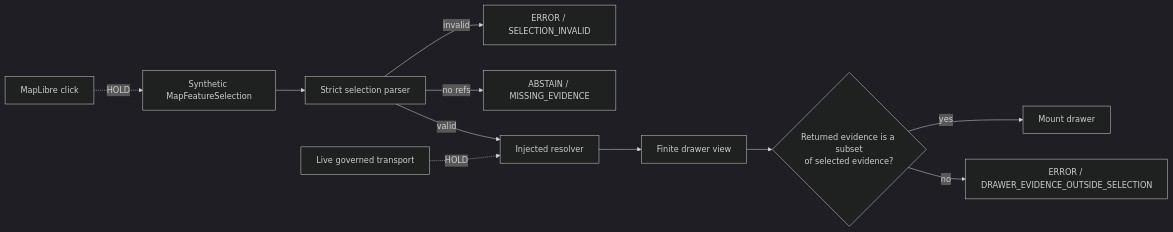
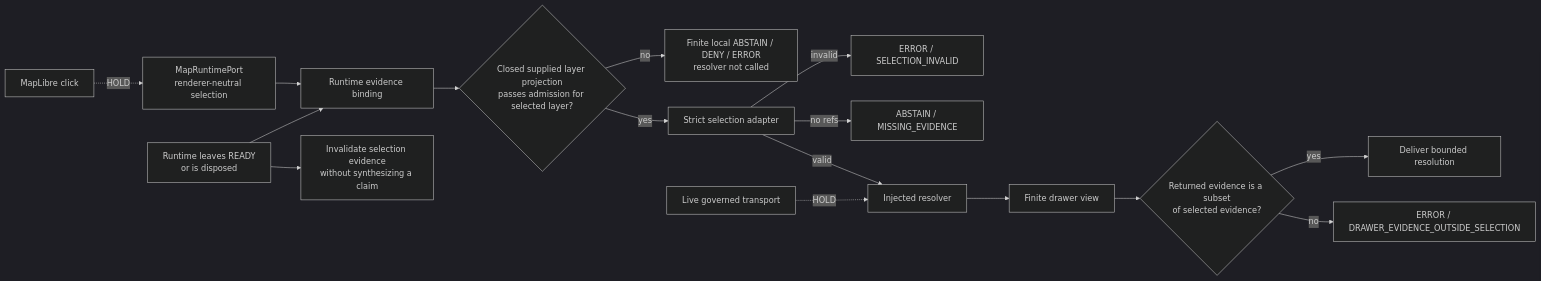
The second of 2 diagrams in docs/architecture/ui/EVIDENCE_DRAWER.md (bartytime4life/Kansas-Frontier-Matrix), drawn with Mermaid (dark theme) before and after one commit. The commit also changed other lines of this file and 2 other files, not shown here.

Commit message:
docs(ui): reconcile Evidence Drawer status

````diff
--- a/docs/architecture/ui/EVIDENCE_DRAWER.md
+++ b/docs/architecture/ui/EVIDENCE_DRAWER.md
@@ -191,14 +211,19 @@
 ```mermaid
 flowchart LR
-    S["Synthetic MapFeatureSelection"] --> Q["Strict selection parser"]
+    P["MapRuntimePort<br/>renderer-neutral selection"] --> B["Runtime evidence binding"]
+    B --> L{"Closed supplied layer projection<br/>passes admission for selected layer?"}
+    L -->|no| N["Finite local ABSTAIN / DENY / ERROR<br/>resolver not called"]
+    L -->|yes| Q["Strict selection adapter"]
     Q -->|invalid| I["ERROR / SELECTION_INVALID"]
     Q -->|no refs| A["ABSTAIN / MISSING_EVIDENCE"]
     Q -->|valid| R["Injected resolver"]
     R --> D["Finite drawer view"]
     D --> C{"Returned evidence is a subset<br/>of selected evidence?"}
-    C -->|yes| U["Mount drawer"]
+    C -->|yes| U["Deliver bounded resolution"]
     C -->|no| O["ERROR / DRAWER_EVIDENCE_OUTSIDE_SELECTION"]
+    T["Runtime leaves READY<br/>or is disposed"] --> X["Invalidate selection evidence<br/>without synthesizing a claim"]
+    T --> B
 
-    ML["MapLibre click"] -. "HOLD" .-> S
+    ML["MapLibre click"] -. "HOLD" .-> P
     API["Live governed transport"] -. "HOLD" .-> R
 ```
````
